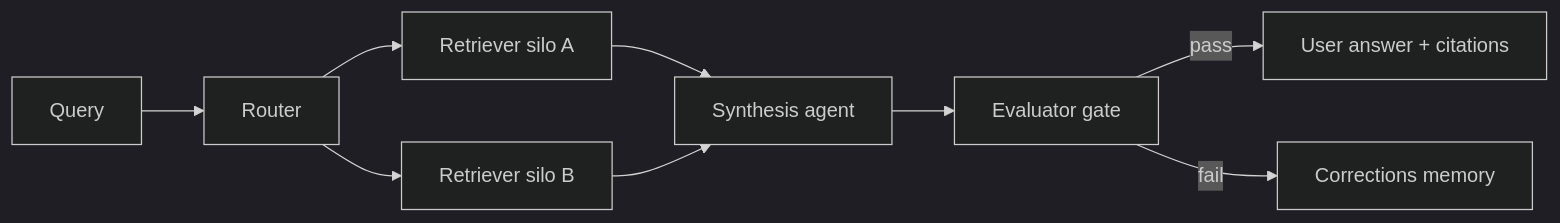
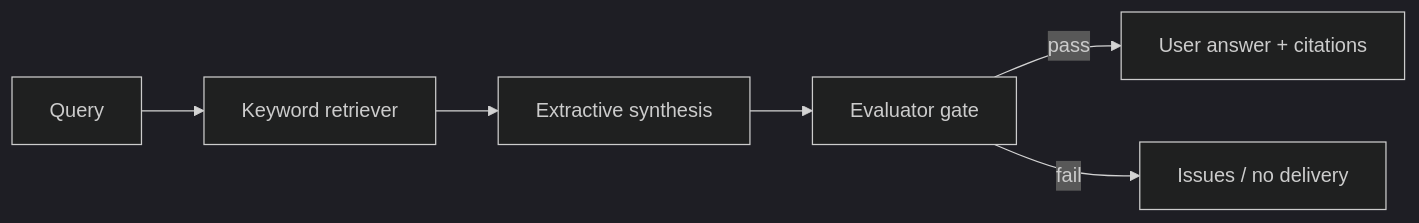
The diagram in README.md (PCSchmidt/gate-enforced-rag), drawn with Mermaid (dark theme) before and after one commit. The commit also changed other lines of this file and 23 other files, not shown here.

````diff
--- a/README.md
+++ b/README.md
@@ -22,11 +22,8 @@
 ```mermaid
 flowchart LR
-    Q[Query] --> R[Router]
-    R --> S1[Retriever silo A]
-    R --> S2[Retriever silo B]
-    S1 --> Syn[Synthesis agent]
-    S2 --> Syn
+    Q[Query] --> R[Keyword retriever]
+    R --> Syn[Extractive synthesis]
     Syn --> Gate[Evaluator gate]
     Gate -->|pass| Out[User answer + citations]
-    Gate -->|fail| Mem[Corrections memory]
+    Gate -->|fail| Mem[Issues / no delivery]
 ```
````
